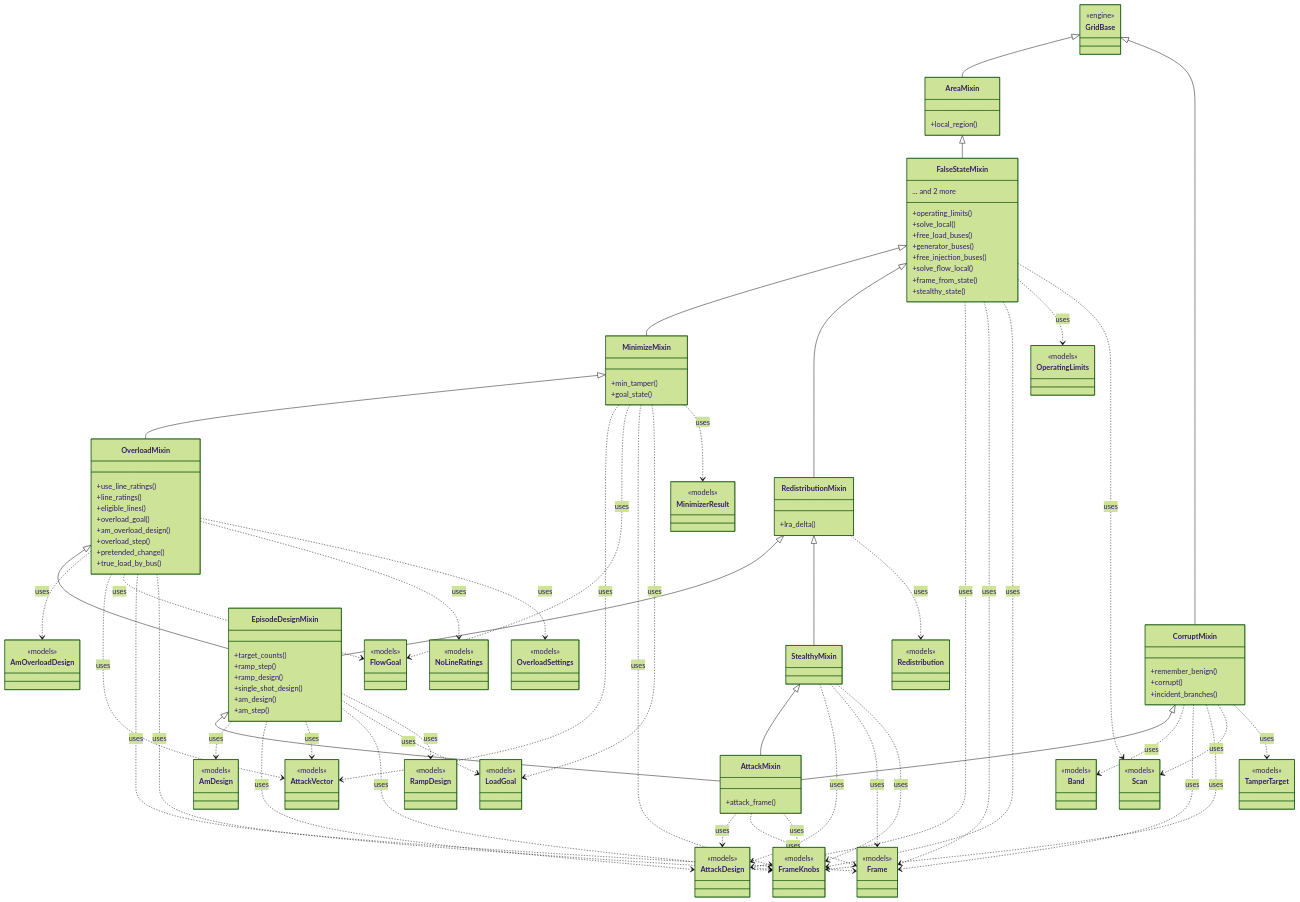
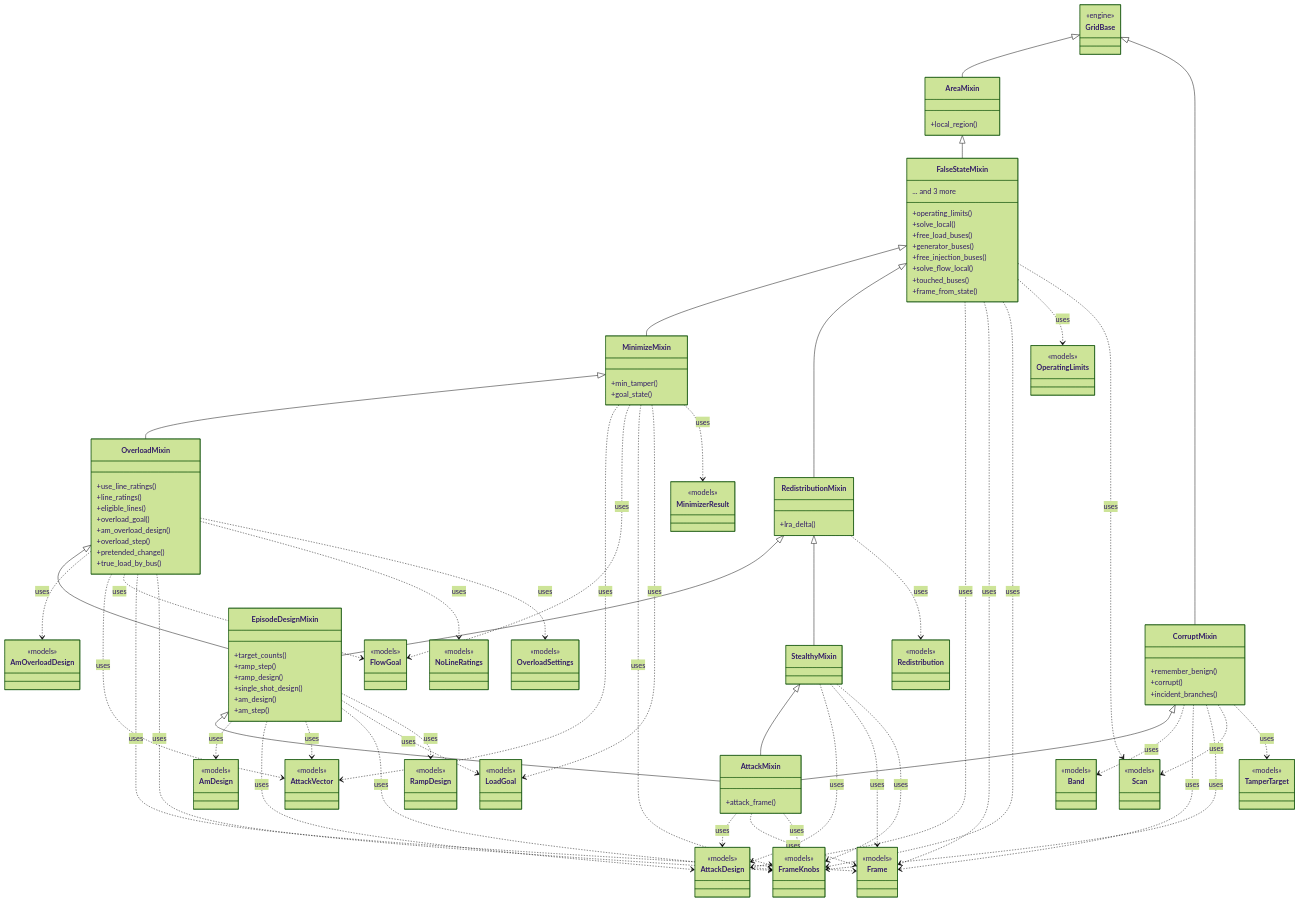
The diagram in docs/figures/diagrams/classes_attacks.mmd (myersben9/fdia-graph), drawn with Mermaid (forest theme) before and after one commit. The commit also changed 17 other files, not shown here.

```diff
--- a/docs/figures/diagrams/classes_attacks.mmd
+++ b/docs/figures/diagrams/classes_attacks.mmd
@@ -1,151 +1,151 @@
 classDiagram
     class AreaMixin {
         +local_region()
     }
     class FalseStateMixin {
         +operating_limits()
         +solve_local()
         +free_load_buses()
         +generator_buses()
         +free_injection_buses()
         +solve_flow_local()
+        +touched_buses()
         +frame_from_state()
-        +stealthy_state()
-        ... and 2 more
+        ... and 3 more
     }
     class MinimizeMixin {
         +min_tamper()
         +goal_state()
     }
     class OverloadMixin {
         +use_line_ratings()
         +line_ratings()
         +eligible_lines()
         +overload_goal()
         +am_overload_design()
         +overload_step()
         +pretended_change()
         +true_load_by_bus()
     }
     class RedistributionMixin {
         +lra_delta()
     }
     class StealthyMixin {
     }
     class EpisodeDesignMixin {
         +target_counts()
         +ramp_step()
         +ramp_design()
         +single_shot_design()
         +am_design()
         +am_step()
     }
     class CorruptMixin {
         +remember_benign()
         +corrupt()
         +incident_branches()
     }
     class AttackMixin {
         +attack_frame()
     }
     class AmDesign {
         <<models>>
     }
     class AmOverloadDesign {
         <<models>>
     }
     class AttackDesign {
         <<models>>
     }
     class AttackVector {
         <<models>>
     }
     class Band {
         <<models>>
     }
     class FlowGoal {
         <<models>>
     }
     class Frame {
         <<models>>
     }
     class FrameKnobs {
         <<models>>
     }
     class GridBase {
         <<engine>>
     }
     class LoadGoal {
         <<models>>
     }
     class MinimizerResult {
         <<models>>
     }
     class NoLineRatings {
         <<models>>
     }
     class OperatingLimits {
         <<models>>
     }
     class OverloadSettings {
         <<models>>
     }
     class RampDesign {
         <<models>>
     }
     class Redistribution {
         <<models>>
     }
     class Scan {
         <<models>>
     }
     class TamperTarget {
         <<models>>
     }
     AreaMixin <|-- FalseStateMixin
     CorruptMixin <|-- AttackMixin
     EpisodeDesignMixin <|-- AttackMixin
     FalseStateMixin <|-- MinimizeMixin
     FalseStateMixin <|-- RedistributionMixin
     GridBase <|-- AreaMixin
     GridBase <|-- CorruptMixin
     MinimizeMixin <|-- OverloadMixin
     OverloadMixin <|-- EpisodeDesignMixin
     RedistributionMixin <|-- EpisodeDesignMixin
     RedistributionMixin <|-- StealthyMixin
     StealthyMixin <|-- AttackMixin
     AttackMixin ..> AttackDesign : uses
     AttackMixin ..> Frame : uses
     AttackMixin ..> FrameKnobs : uses
     CorruptMixin ..> Band : uses
     CorruptMixin ..> Frame : uses
     CorruptMixin ..> FrameKnobs : uses
     CorruptMixin ..> Scan : uses
     CorruptMixin ..> TamperTarget : uses
     EpisodeDesignMixin ..> AmDesign : uses
     EpisodeDesignMixin ..> AttackDesign : uses
     EpisodeDesignMixin ..> AttackVector : uses
     EpisodeDesignMixin ..> FrameKnobs : uses
     EpisodeDesignMixin ..> LoadGoal : uses
     EpisodeDesignMixin ..> RampDesign : uses
     FalseStateMixin ..> AttackDesign : uses
     FalseStateMixin ..> Frame : uses
     FalseStateMixin ..> FrameKnobs : uses
     FalseStateMixin ..> OperatingLimits : uses
     FalseStateMixin ..> Scan : uses
     MinimizeMixin ..> AttackVector : uses
     MinimizeMixin ..> FlowGoal : uses
     MinimizeMixin ..> FrameKnobs : uses
     MinimizeMixin ..> LoadGoal : uses
     MinimizeMixin ..> MinimizerResult : uses
     OverloadMixin ..> AmOverloadDesign : uses
     OverloadMixin ..> AttackVector : uses
     OverloadMixin ..> FlowGoal : uses
     OverloadMixin ..> Frame : uses
     OverloadMixin ..> FrameKnobs : uses
     OverloadMixin ..> NoLineRatings : uses
     OverloadMixin ..> OverloadSettings : uses
     RedistributionMixin ..> Redistribution : uses
     StealthyMixin ..> AttackDesign : uses
     StealthyMixin ..> Frame : uses
     StealthyMixin ..> FrameKnobs : uses
```
